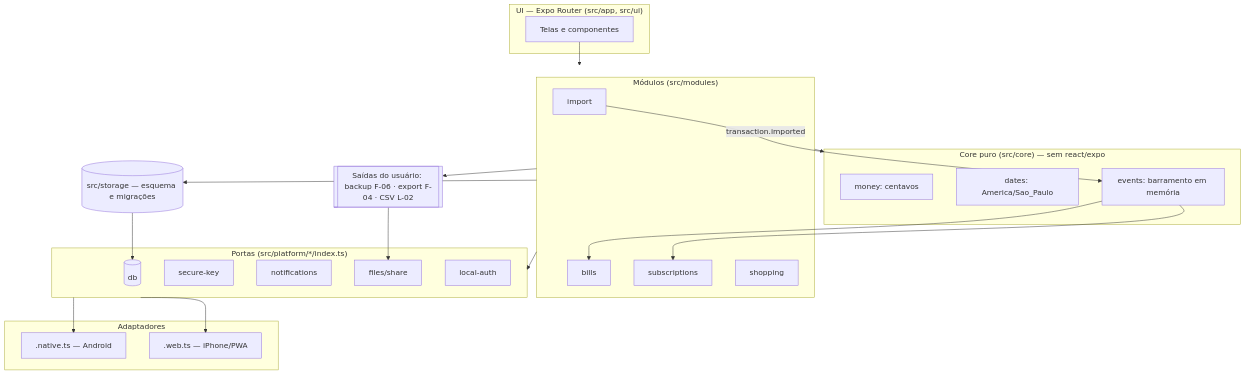
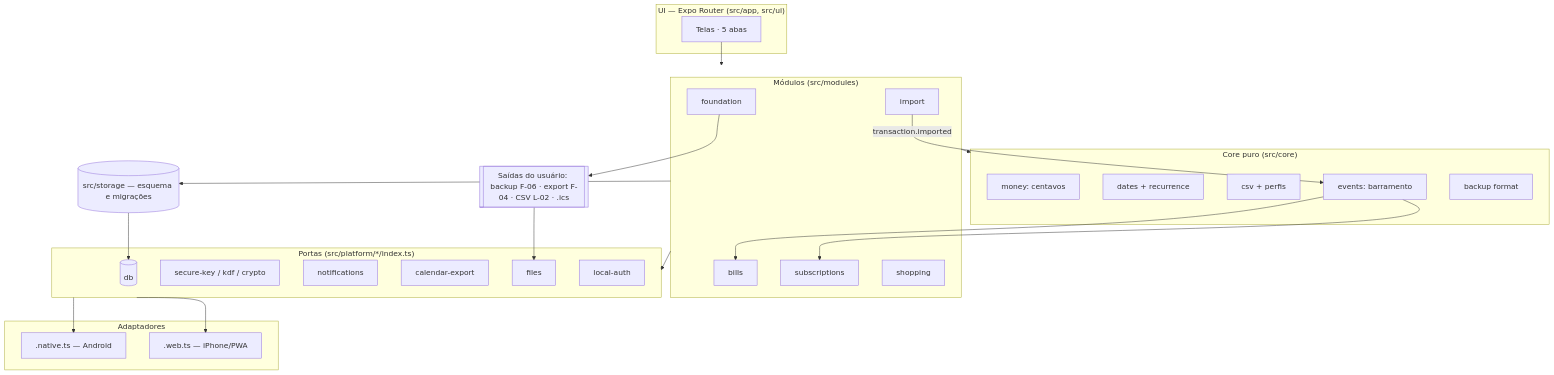
The diagram in ARCH.md (KaynanSouza/App-de-Financas-e-Casa), drawn with Mermaid before and after one commit. The commit also changed other lines of this file and 15 other files, not shown here.

````diff
--- a/ARCH.md
+++ b/ARCH.md
@@ -24,48 +25,52 @@
 ```mermaid
 flowchart TB
   subgraph UI["UI — Expo Router (src/app, src/ui)"]
-    screens[Telas e componentes]
+    screens[Telas · 5 abas]
   end
 
   subgraph MOD["Módulos (src/modules)"]
+    found[foundation]
     imp[import]
     bills[bills]
     subs[subscriptions]
     shop[shopping]
   end
 
-  subgraph CORE["Core puro (src/core) — sem react/expo"]
+  subgraph CORE["Core puro (src/core)"]
     money[money: centavos]
-    dates[dates: America/Sao_Paulo]
-    bus[events: barramento em memória]
+    dates[dates + recurrence]
+    csv[csv + perfis]
+    bus[events: barramento]
+    bkp[backup format]
   end
 
   subgraph PORTS["Portas (src/platform/*/index.ts)"]
     pdb[(db)]
-    pkey[secure-key]
+    pkey[secure-key / kdf / crypto]
     pnot[notifications]
-    pfile[files/share]
+    pics[calendar-export]
+    pfile[files]
     pauth[local-auth]
   end
 
   subgraph ADP["Adaptadores"]
     nat[".native.ts — Android"]
     web[".web.ts — iPhone/PWA"]
   end
 
   STORE[("src/storage — esquema e migrações")]
-  OUT[["Saídas do usuário: backup F-06 · export F-04 · CSV L-02"]]
+  OUT[["Saídas do usuário: backup F-06 · export F-04 · CSV L-02 · .ics"]]
 
   screens --> MOD
   MOD --> CORE
   imp -- "transaction.imported" --> bus
   bus --> subs
   bus --> bills
   MOD --> STORE
   STORE --> pdb
   MOD --> PORTS
   PORTS --> nat
   PORTS --> web
-  MOD --> OUT
+  found --> OUT
   OUT --> pfile
 ```
````
